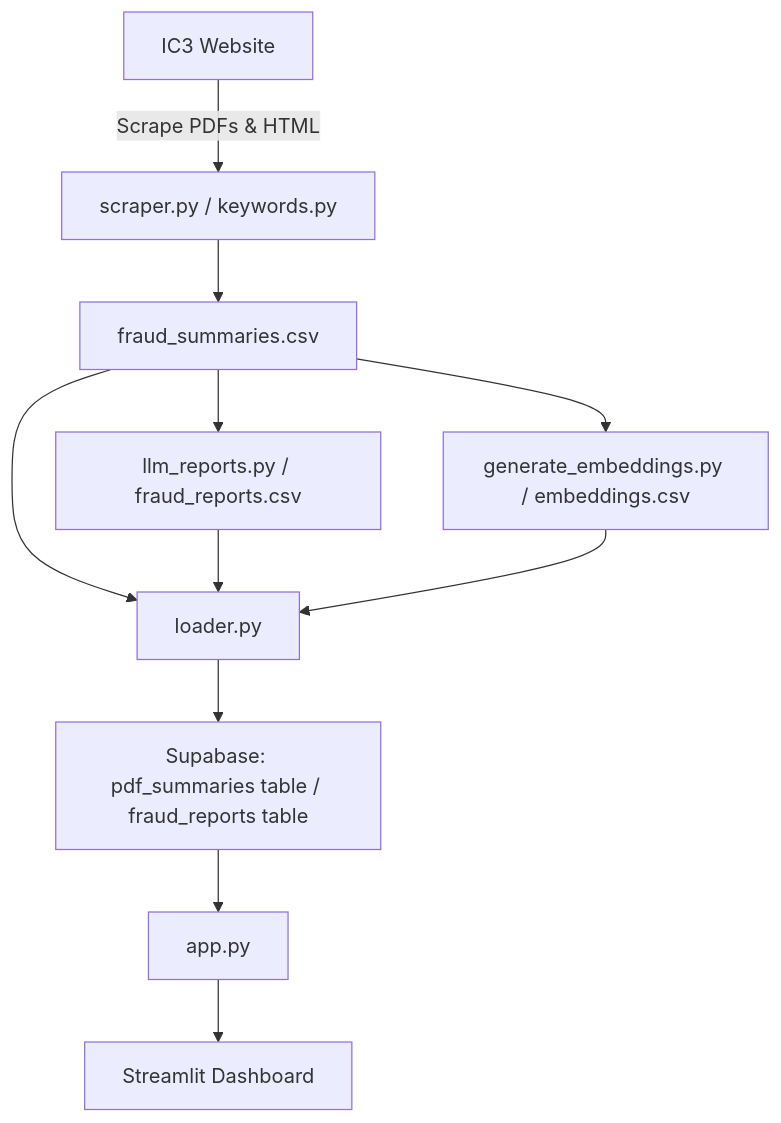
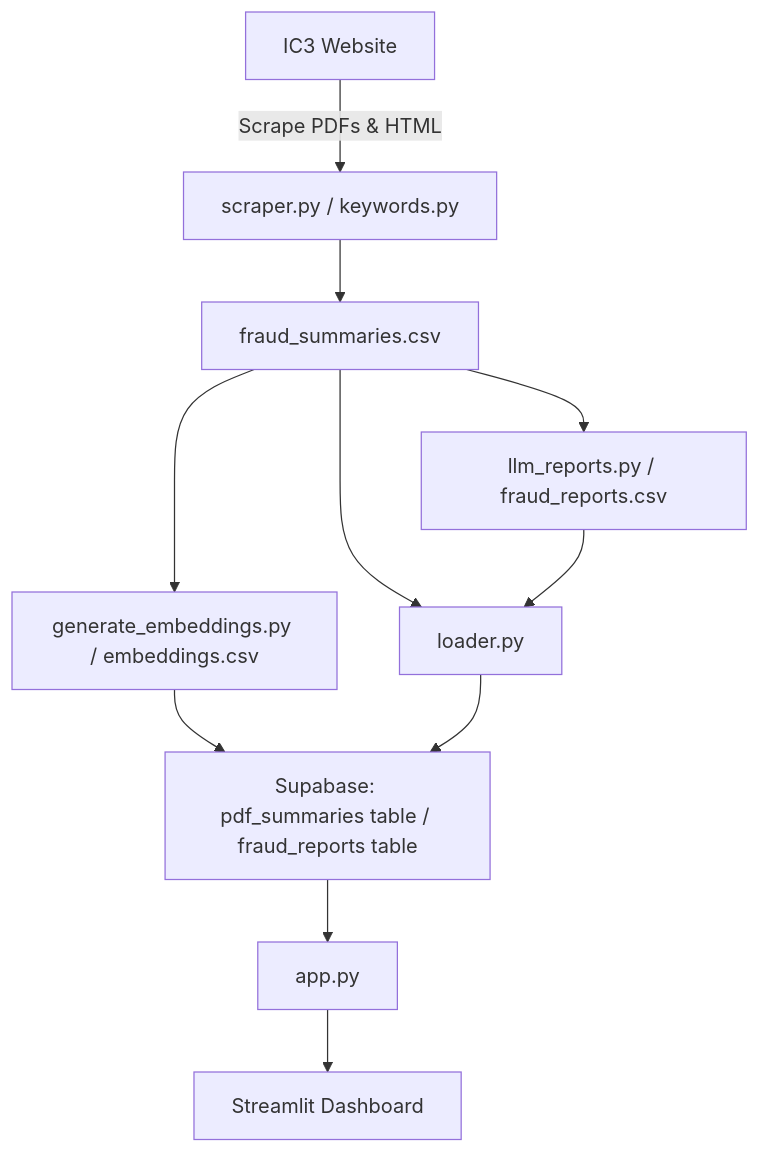
Before and after one commit to JaysonAllman/DTSC-Fraud-Project: the diagram in README.md, drawn with Mermaid.

````diff
--- a/README.md
+++ b/README.md
@@ -44,17 +44,17 @@
 ```mermaid
 graph TD
     A[IC3 Website] -->|Scrape PDFs & HTML| B[scraper.py / keywords.py]
     B --> C[fraud_summaries.csv]
 
     C --> D[llm_reports.py / fraud_reports.csv]
     C --> I[generate_embeddings.py / embeddings.csv]
     C --> E[loader.py]
 
     D --> E[loader.py]
-    I --> E[loader.py]
+    I --> F[loader.py]
 
     E --> F[Supabase: pdf_summaries table / fraud_reports table]
     F --> G[app.py]
     G --> H[Streamlit Dashboard]
 
 ```
````
